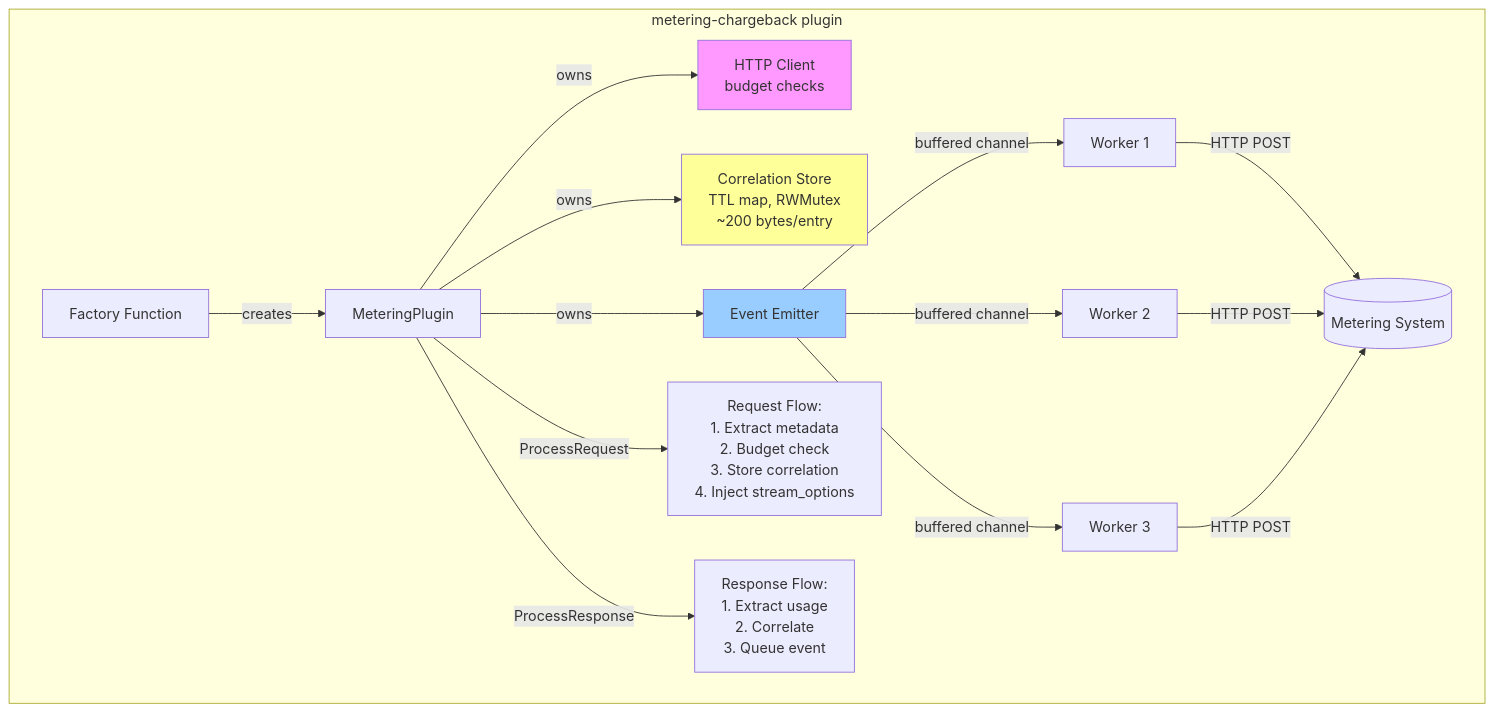
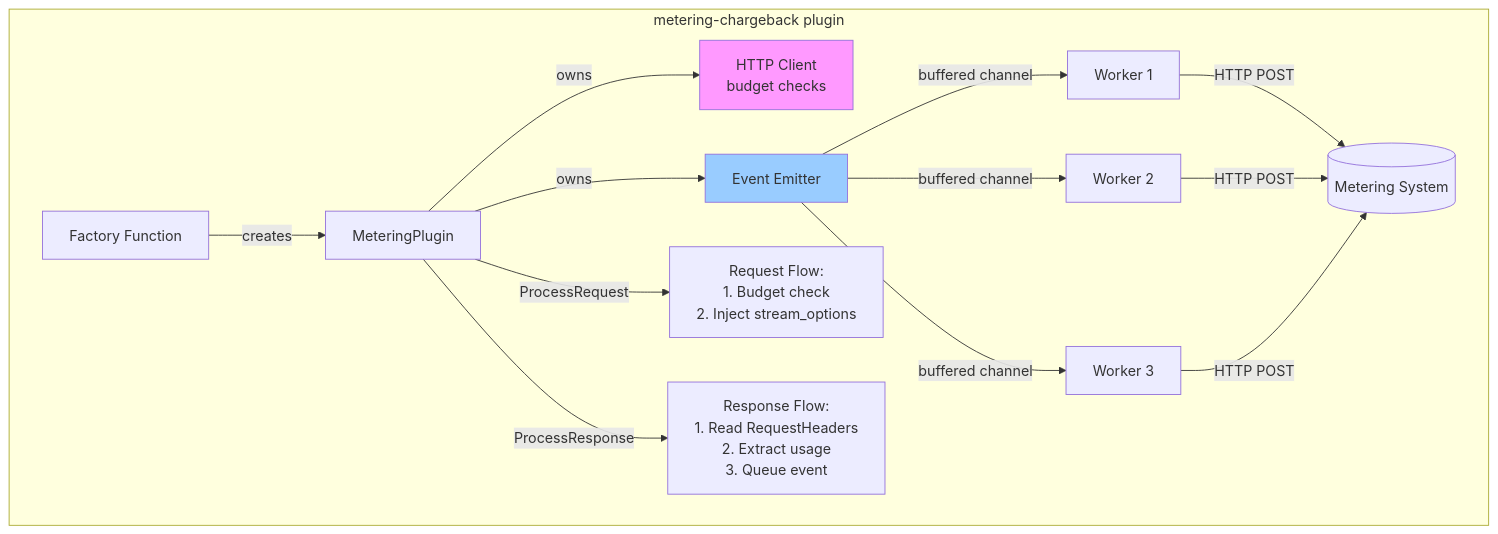
Before and after one commit to noyitz/maas-designs: the sixth of 7 diagrams in metering-chargeback-plugin/design.md, drawn with Mermaid. The commit also changed other lines of this file, not shown here.

First line of the commit message:
refactor: simplify metering design - assume framework correlation support

````diff
--- a/metering-chargeback-plugin/design.md
+++ b/metering-chargeback-plugin/design.md
@@ -363,24 +337,22 @@
 ```mermaid
 graph TB
     subgraph "metering-chargeback plugin"
         Factory[Factory Function] -->|creates| Plugin[MeteringPlugin]
         Plugin -->|owns| HC[HTTP Client<br/>budget checks]
-        Plugin -->|owns| CS[Correlation Store<br/>TTL map, RWMutex<br/>~200 bytes/entry]
         Plugin -->|owns| Emitter[Event Emitter]
         Emitter -->|buffered channel| W1[Worker 1]
         Emitter -->|buffered channel| W2[Worker 2]
         Emitter -->|buffered channel| W3[Worker 3]
 
         W1 -->|HTTP POST| MS[(Metering System)]
         W2 -->|HTTP POST| MS
         W3 -->|HTTP POST| MS
 
-        Plugin -->|ProcessRequest| ReqFlow[Request Flow:<br/>1. Extract metadata<br/>2. Budget check<br/>3. Store correlation<br/>4. Inject stream_options]
+        Plugin -->|ProcessRequest| ReqFlow[Request Flow:<br/>1. Budget check<br/>2. Inject stream_options]
 
-        Plugin -->|ProcessResponse| ResFlow[Response Flow:<br/>1. Extract usage<br/>2. Correlate<br/>3. Queue event]
+        Plugin -->|ProcessResponse| ResFlow[Response Flow:<br/>1. Read RequestHeaders<br/>2. Extract usage<br/>3. Queue event]
     end
 
-    style CS fill:#ff9
     style Emitter fill:#9cf
     style HC fill:#f9f
 ```
````
